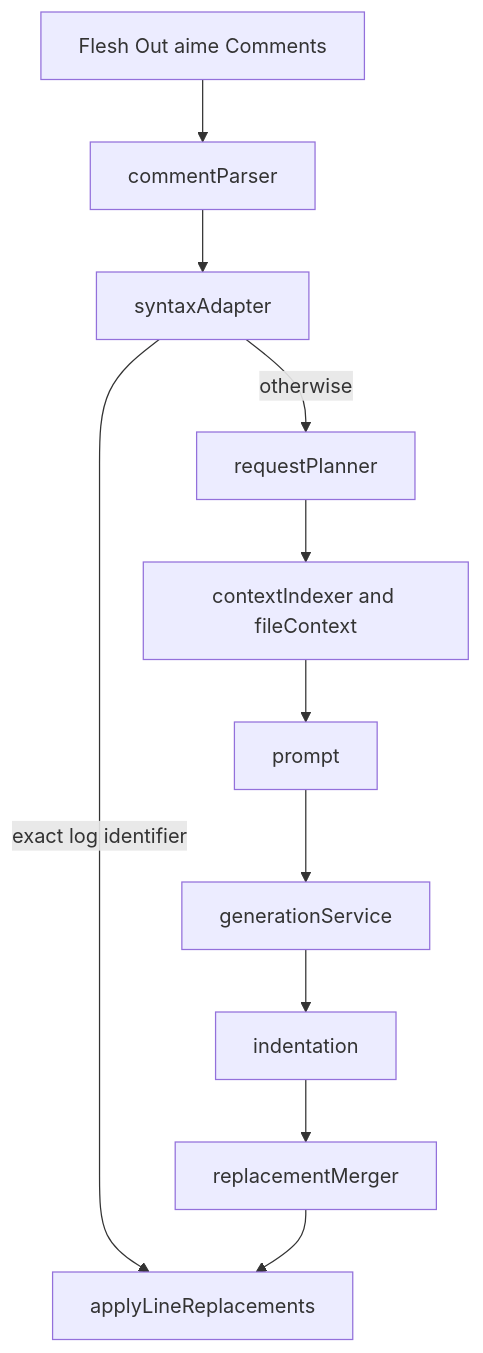
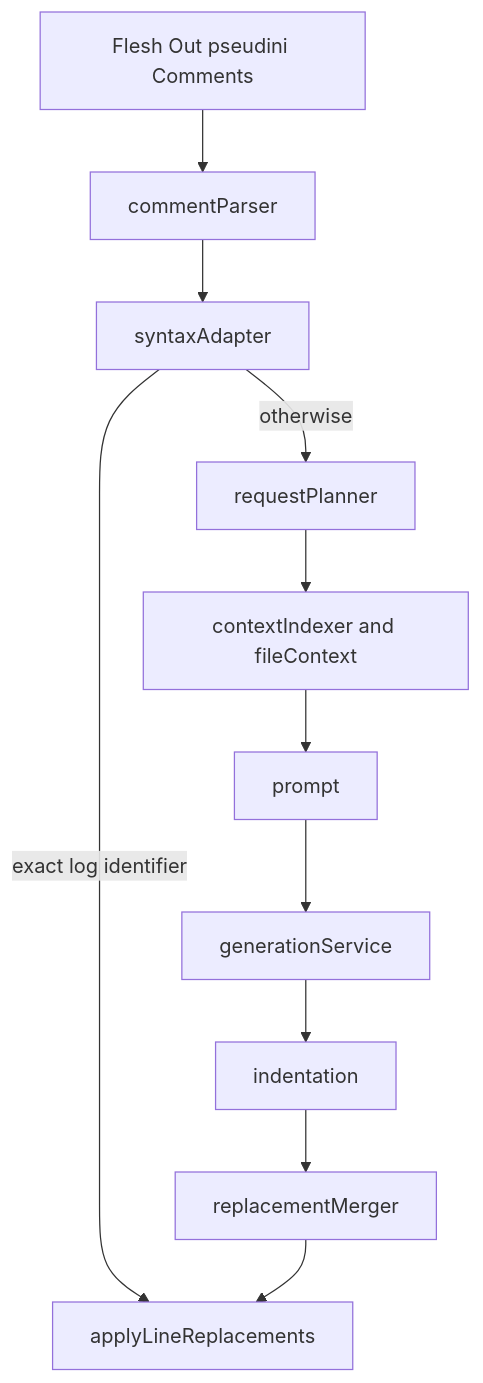
The diagram in AGENTS.md (sutigit/pseudini), drawn with Mermaid before and after one commit. The commit also changed other lines of this file and 30 other files, not shown here.

````diff
--- a/AGENTS.md
+++ b/AGENTS.md
@@ -28,16 +28,16 @@
 ```mermaid
 flowchart TD
-  cmd[Flesh Out aime Comments]
+  cmd[Flesh Out pseudini Comments]
   parse[commentParser]
   adapter[syntaxAdapter]
   plan[requestPlanner]
   context[contextIndexer and fileContext]
   prompt[prompt]
   gen[generationService]
   indent[indentation]
   merge[replacementMerger]
   edit[applyLineReplacements]
   cmd --> parse --> adapter
   adapter -->|exact log identifier| edit
   adapter -->|otherwise| plan --> context --> prompt --> gen --> indent --> merge --> edit
 ```
````
